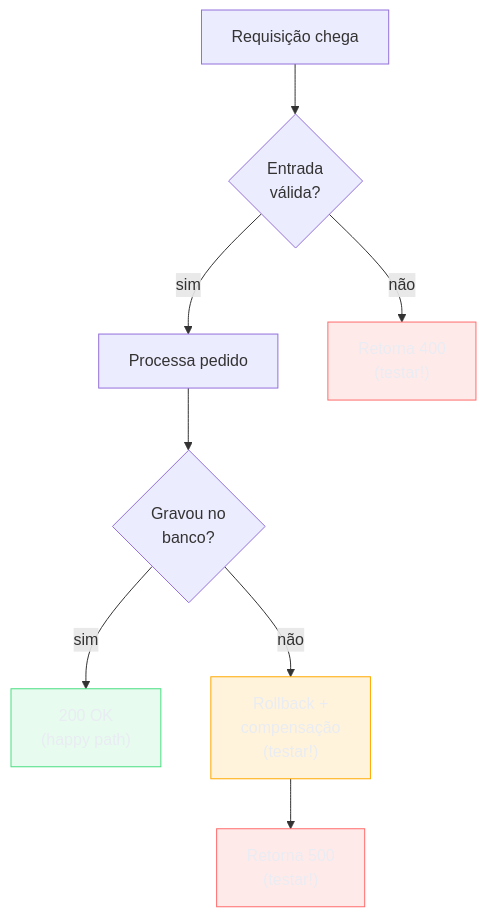
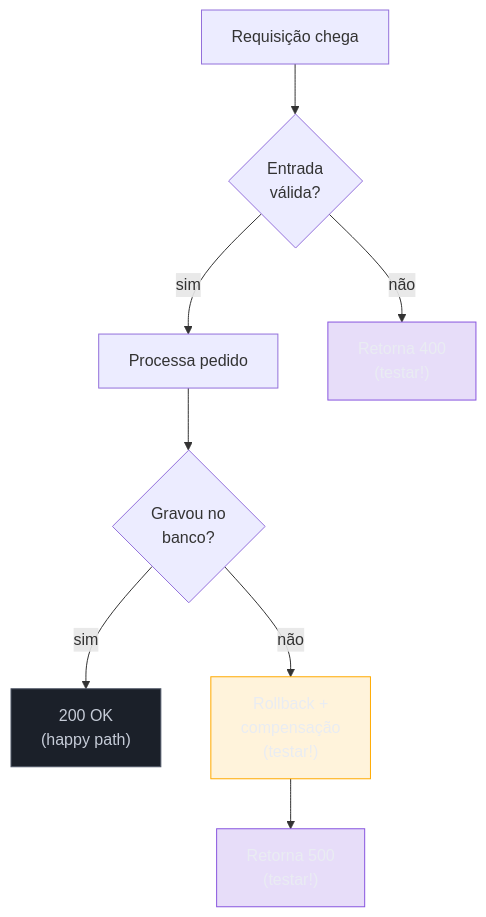
The fourth of 5 diagrams in 03-Dominios/Engenharia/Testes/10 - Técnicas de teste e edge cases.md (josenaldo/codex-technomanticus), drawn with Mermaid before and after one commit. The commit also changed other lines of this file and 601 other files, not shown here.

````diff
--- a/03-Dominios/Engenharia/Testes/10 - Técnicas de teste e edge cases.md
+++ b/03-Dominios/Engenharia/Testes/10 - Técnicas de teste e edge cases.md
@@ -248,18 +248,18 @@
 ```mermaid
 flowchart TD
-    classDef ok fill:#4ADE8021,stroke:#4ADE80,color:#E9ECF2
-    classDef falha fill:#FF6B6B24,stroke:#FF6B6B,color:#E9ECF2
+    classDef marca fill:#8855DF33,stroke:#8855DF,color:#E9ECF2
+    classDef neutro fill:#1B2029,stroke:#4E5666,color:#C6CCD8
     classDef destaque fill:#FFAA0024,stroke:#FFAA00,color:#E9ECF2
     Start["Requisição chega"] --> Valid{"Entrada<br/>válida?"}
     Valid -->|sim| Process["Processa pedido"]
     Valid -->|não| Err1["Retorna 400<br/>(testar!)"]
     Process --> Save{"Gravou no<br/>banco?"}
     Save -->|sim| Happy["200 OK<br/>(happy path)"]
     Save -->|não| Rollback["Rollback +<br/>compensação<br/>(testar!)"]
     Rollback --> Err2["Retorna 500<br/>(testar!)"]
 
-    class Happy ok
-    class Err1 falha
-    class Err2 falha
+    class Happy neutro
+    class Err1 marca
+    class Err2 marca
     class Rollback destaque
 ```
````
